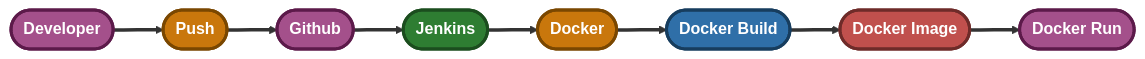
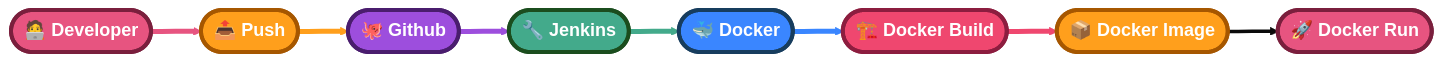
The diagram in README.md (yashasravi21/nodejs-docker-jenkins), drawn with Mermaid before and after one commit.

````diff
--- a/README.md
+++ b/README.md
@@ -3,19 +3,32 @@
 ```mermaid
+%%{init: {'theme':'base', 'themeVariables': {'fontSize':'20px'}}}%%
 flowchart LR
-    A(["Developer"]) ==> B(["Push"]) ==> C(["Github"])
-    C ==> F(["Jenkins"])
-    F ==> E(["Docker"]) ==> D(["Docker Build"])
-    D ==> G(["Docker Image"]) ==> H(["Docker Run"])
+    A(["🧑‍💻 Developer"]) ==> B(["📤 Push"]) ==> C(["🐙 Github"])
+    C ==> F(["🔧 Jenkins"])
+    F ==> E(["🐳 Docker"]) ==> D(["🏗️ Docker Build"])
+    D ==> G(["📦 Docker Image"]) ==> H(["🚀 Docker Run"])
 
-    classDef pink fill:#a4508b,stroke:#5c1a4a,stroke-width:3px,color:#fff,font-weight:bold
-    classDef orange fill:#c9770c,stroke:#7a4700,stroke-width:3px,color:#fff,font-weight:bold
-    classDef green fill:#2e7d32,stroke:#1b4d1e,stroke-width:3px,color:#fff,font-weight:bold
-    classDef blue fill:#2f6fa8,stroke:#173d5e,stroke-width:3px,color:#fff,font-weight:bold
-    classDef red fill:#c0504d,stroke:#6e2b29,stroke-width:3px,color:#fff,font-weight:bold
+    classDef pink fill:#e75480,stroke:#7a1f3d,stroke-width:4px,color:#fff,font-weight:bold,font-size:18px
+    classDef orange fill:#ff9f1c,stroke:#a65700,stroke-width:4px,color:#fff,font-weight:bold,font-size:18px
+    classDef green fill:#43aa8b,stroke:#1b4d1e,stroke-width:4px,color:#fff,font-weight:bold,font-size:18px
+    classDef blue fill:#3a86ff,stroke:#173d5e,stroke-width:4px,color:#fff,font-weight:bold,font-size:18px
+    classDef red fill:#ef476f,stroke:#8c1d3f,stroke-width:4px,color:#fff,font-weight:bold,font-size:18px
+    classDef purple fill:#9d4edd,stroke:#4a1d6e,stroke-width:4px,color:#fff,font-weight:bold,font-size:18px
 
-    class A,C,H pink
-    class B,E orange
+    class A pink
+    class B orange
+    class C purple
     class F green
-    class D blue
-    class G red
+    class E blue
+    class D red
+    class G orange
+    class H pink
+
+    style A stroke-width:4px
+    linkStyle 0 stroke:#e75480,stroke-width:5px
+    linkStyle 1 stroke:#ff9f1c,stroke-width:5px
+    linkStyle 2 stroke:#9d4edd,stroke-width:5px
+    linkStyle 3 stroke:#43aa8b,stroke-width:5px
+    linkStyle 4 stroke:#3a86ff,stroke-width:5px
+    linkStyle 5 stroke:#ef476f,stroke-width:5px
 ```
````
